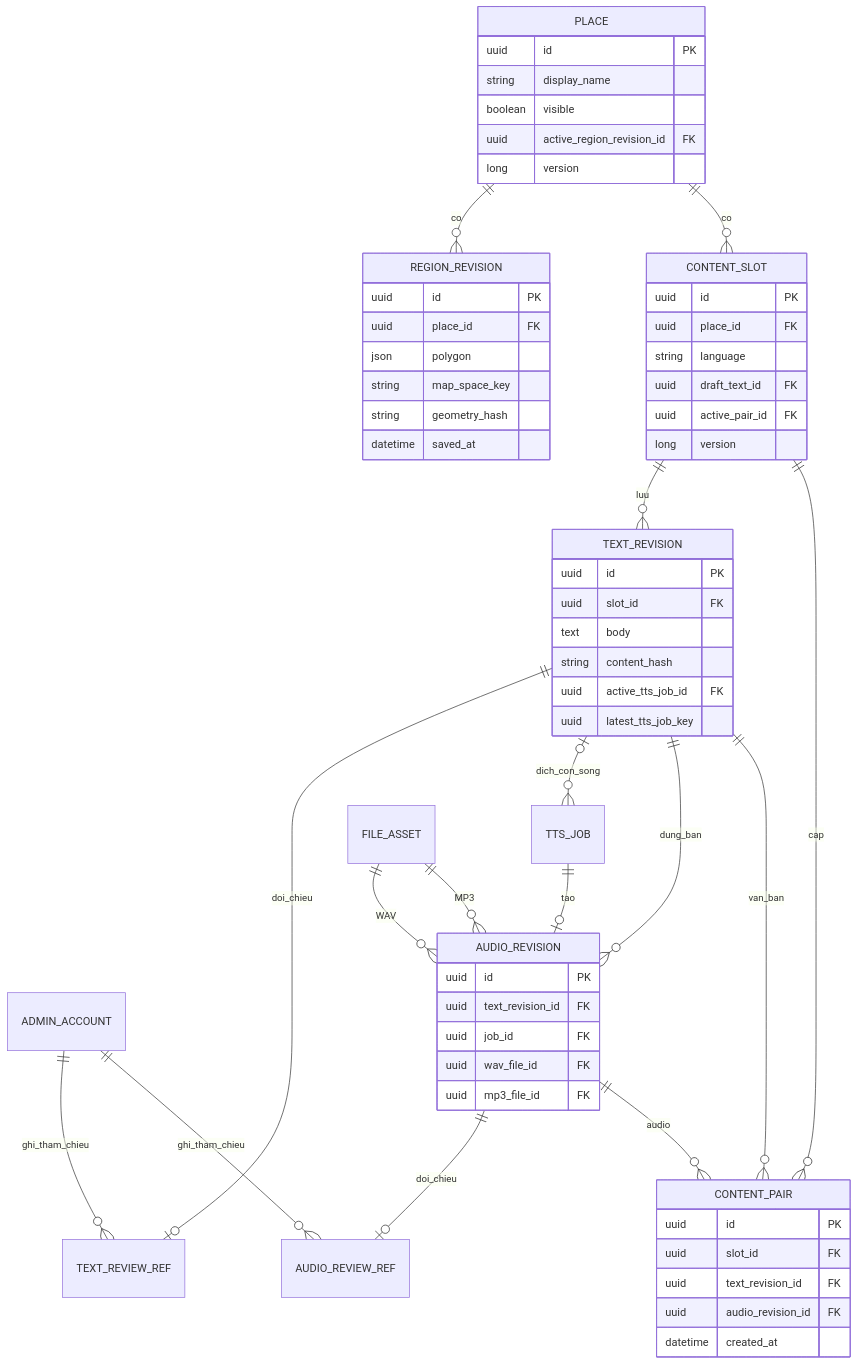
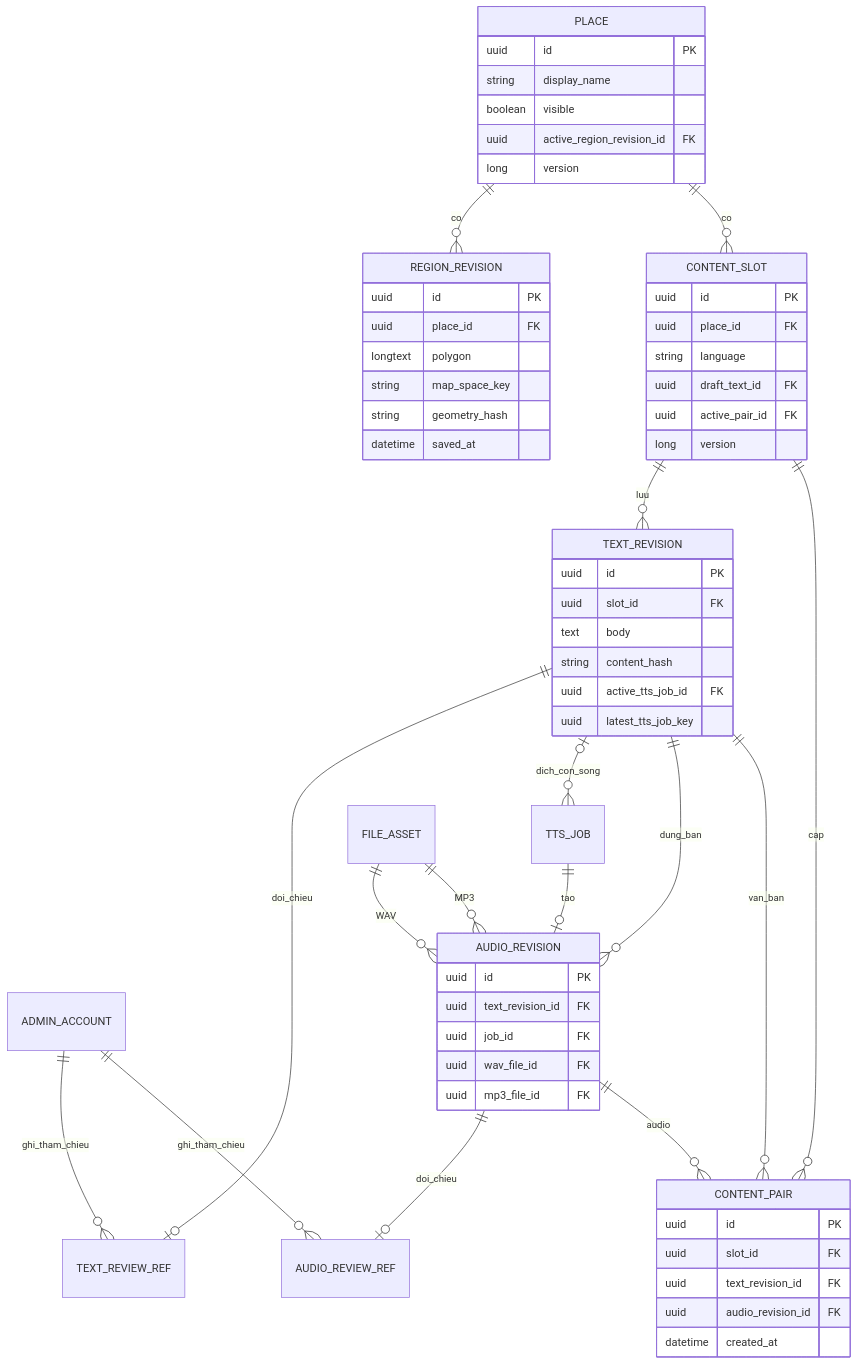
The first of 3 diagrams in docs/03-ky-thuat/data-model.md (khaithanh2726-beep/AudioQR_Kinh-thanh-Hue), drawn with Mermaid before and after one commit. The commit also changed other lines of this file and 5 other files, not shown here.

````diff
--- a/docs/03-ky-thuat/data-model.md
+++ b/docs/03-ky-thuat/data-model.md
@@ -23,63 +23,63 @@
 ```mermaid
 erDiagram
     ADMIN_ACCOUNT ||--o{ TEXT_REVIEW_REF : ghi_tham_chieu
     ADMIN_ACCOUNT ||--o{ AUDIO_REVIEW_REF : ghi_tham_chieu
     PLACE ||--o{ REGION_REVISION : co
     PLACE ||--o{ CONTENT_SLOT : co
     CONTENT_SLOT ||--o{ TEXT_REVISION : luu
     TEXT_REVISION ||--o| TEXT_REVIEW_REF : doi_chieu
     TEXT_REVISION o|--o{ TTS_JOB : dich_con_song
     TEXT_REVISION ||--o{ AUDIO_REVISION : dung_ban
     TTS_JOB ||--o| AUDIO_REVISION : tao
     AUDIO_REVISION ||--o| AUDIO_REVIEW_REF : doi_chieu
     CONTENT_SLOT ||--o{ CONTENT_PAIR : cap
     TEXT_REVISION ||--o{ CONTENT_PAIR : van_ban
     AUDIO_REVISION ||--o{ CONTENT_PAIR : audio
     FILE_ASSET ||--o{ AUDIO_REVISION : WAV
     FILE_ASSET ||--o{ AUDIO_REVISION : MP3
     PLACE {
         uuid id PK
         string display_name
         boolean visible
         uuid active_region_revision_id FK
         long version
     }
     REGION_REVISION {
         uuid id PK
         uuid place_id FK
-        json polygon
+        longtext polygon
         string map_space_key
         string geometry_hash
         datetime saved_at
     }
     CONTENT_SLOT {
         uuid id PK
         uuid place_id FK
         string language
         uuid draft_text_id FK
         uuid active_pair_id FK
         long version
     }
     TEXT_REVISION {
         uuid id PK
         uuid slot_id FK
         text body
         string content_hash
         uuid active_tts_job_id FK
         uuid latest_tts_job_key
     }
     AUDIO_REVISION {
         uuid id PK
         uuid text_revision_id FK
         uuid job_id FK
         uuid wav_file_id FK
         uuid mp3_file_id FK
     }
     CONTENT_PAIR {
         uuid id PK
         uuid slot_id FK
         uuid text_revision_id FK
         uuid audio_revision_id FK
         datetime created_at
     }
 ```
````
